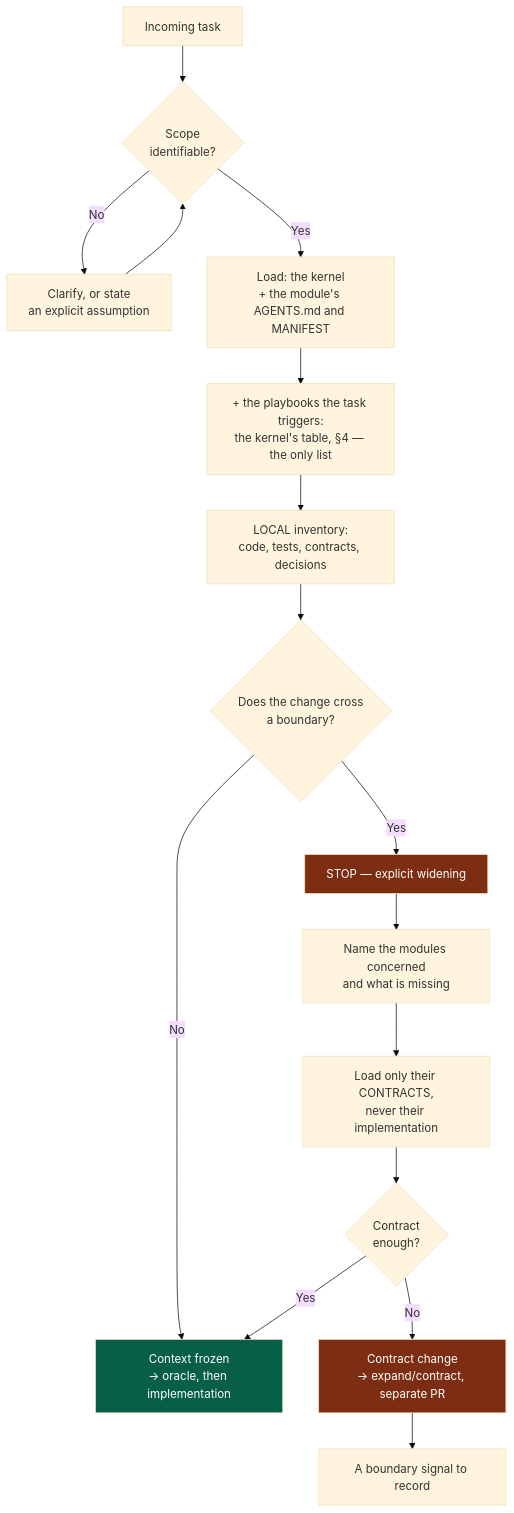
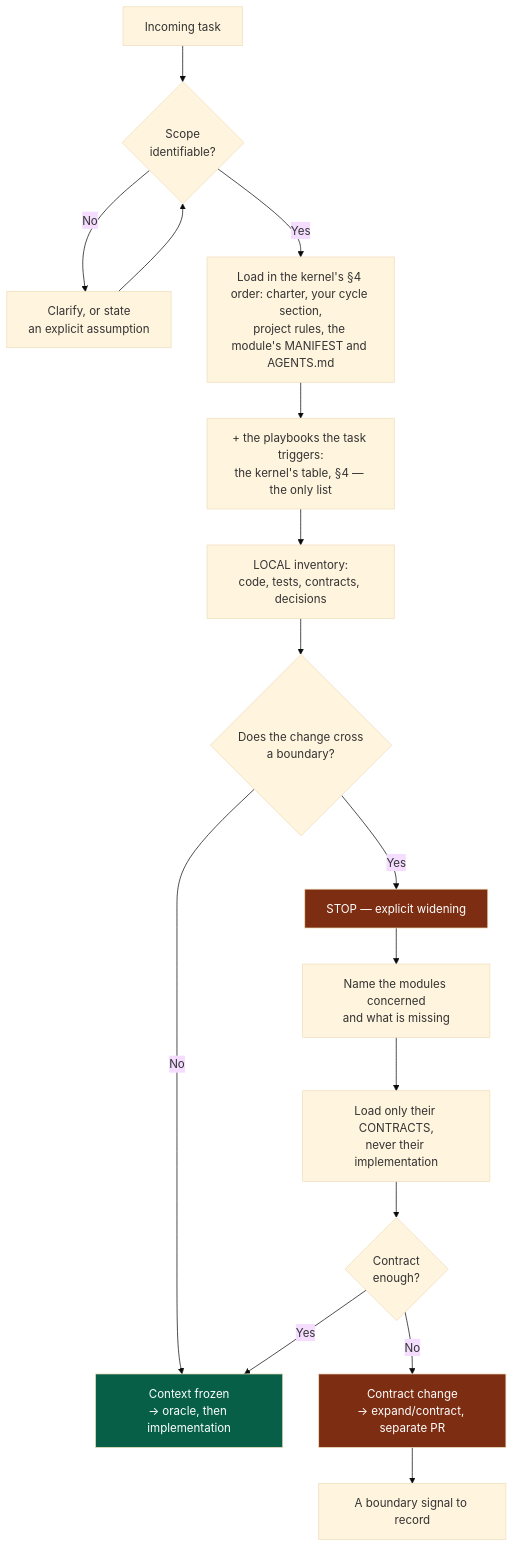
One commit to NapkinStack/engineering-os changed the diagram in skeleton/.nstack/handbook/04-ai-context.md. Above: the diagram before and after it, drawn with Mermaid (base theme). The commit also changed 31 other files, not shown here.

````diff
--- a/skeleton/.nstack/handbook/04-ai-context.md
+++ b/skeleton/.nstack/handbook/04-ai-context.md
@@ -24,24 +24,24 @@
 ```mermaid
 flowchart TD
     T["Incoming task"] --> S{"Scope<br/>identifiable?"}
     S -->|No| S2["Clarify, or state<br/>an explicit assumption"] --> S
-    S -->|Yes| U["Load: the kernel<br/>+ the module's AGENTS.md and MANIFEST"]
+    S -->|Yes| U["Load in the kernel's §4 order: charter, your cycle section,<br/>project rules, the module's MANIFEST and AGENTS.md"]
 
     U --> N["+ the playbooks the task triggers:<br/>the kernel's table, §4 — the only list"]
     N --> V["LOCAL inventory:<br/>code, tests, contracts, decisions"]
 
     V --> W{"Does the change cross<br/>a boundary?"}
     W -->|No| X["Context frozen<br/>→ oracle, then implementation"]
     W -->|Yes| Y["STOP — explicit widening"]
 
     Y --> Y1["Name the modules concerned<br/>and what is missing"]
     Y1 --> Y2["Load only their CONTRACTS,<br/>never their implementation"]
     Y2 --> Y3{"Contract<br/>enough?"}
     Y3 -->|Yes| X
     Y3 -->|No| Z["Contract change<br/>→ expand/contract, separate PR"]
     Z --> Z2["A boundary signal to record"]
 
     style Y fill:#7c2d12,color:#fff
     style Z fill:#7c2d12,color:#fff
     style X fill:#065f46,color:#fff
 ```
````
